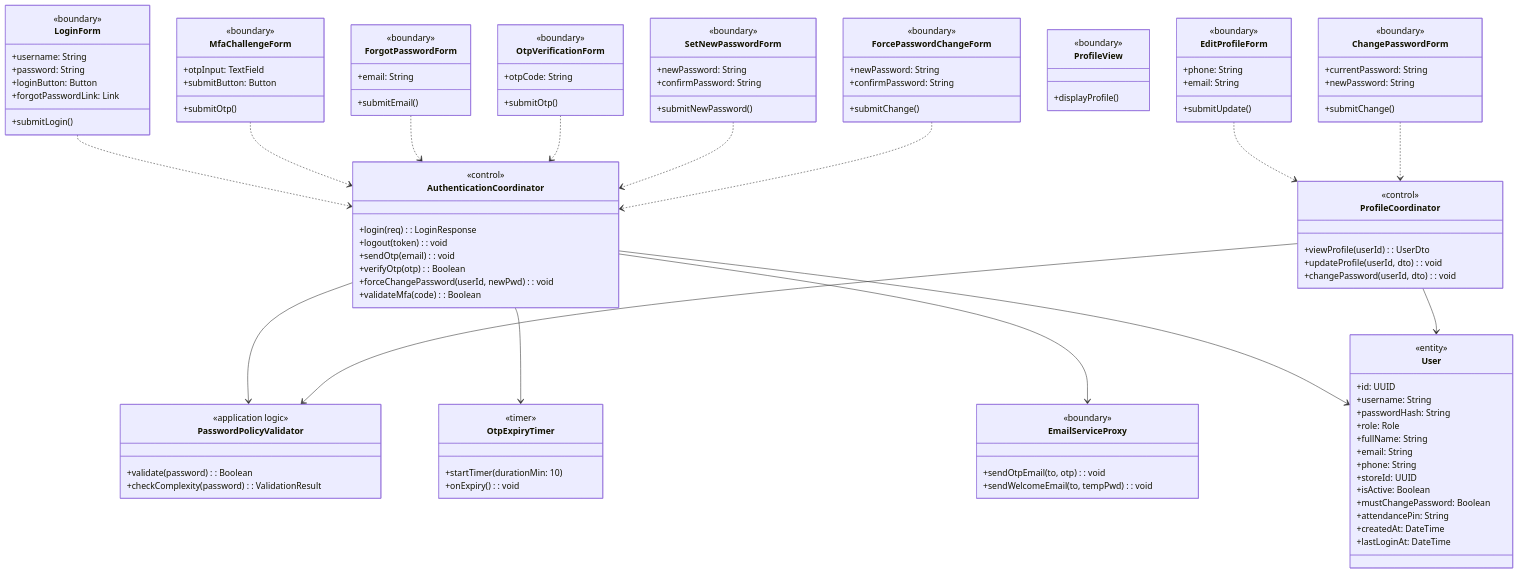
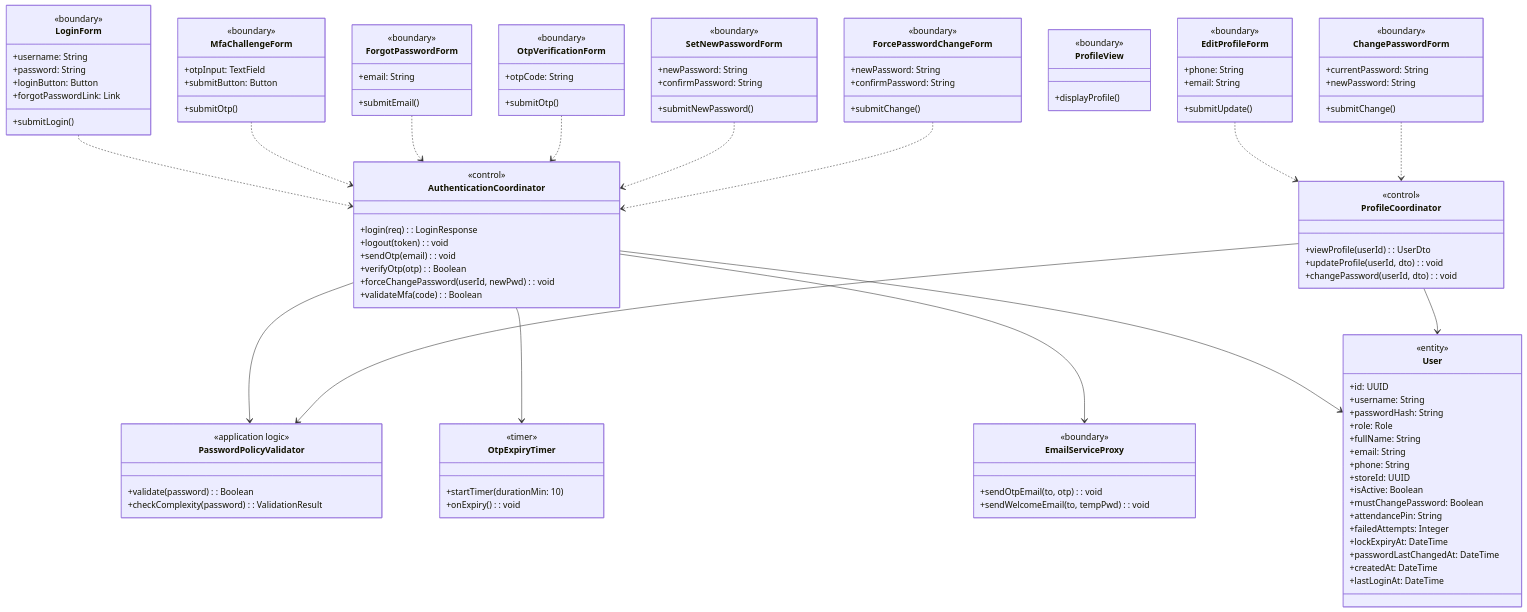
Before and after one commit to Shaichi/Khoga_coffe_shop: the first of 6 diagrams in rds_sections/04_detailed_3_1_system_access_security.md, drawn with Mermaid. The commit also changed other lines of this file and 13 other files, not shown here.

```diff
--- a/rds_sections/04_detailed_3_1_system_access_security.md
+++ b/rds_sections/04_detailed_3_1_system_access_security.md
@@ -105,6 +105,9 @@
         +isActive: Boolean
         +mustChangePassword: Boolean
         +attendancePin: String
+        +failedAttempts: Integer
+        +lockExpiryAt: DateTime
+        +passwordLastChangedAt: DateTime
         +createdAt: DateTime
         +lastLoginAt: DateTime
     }
```
